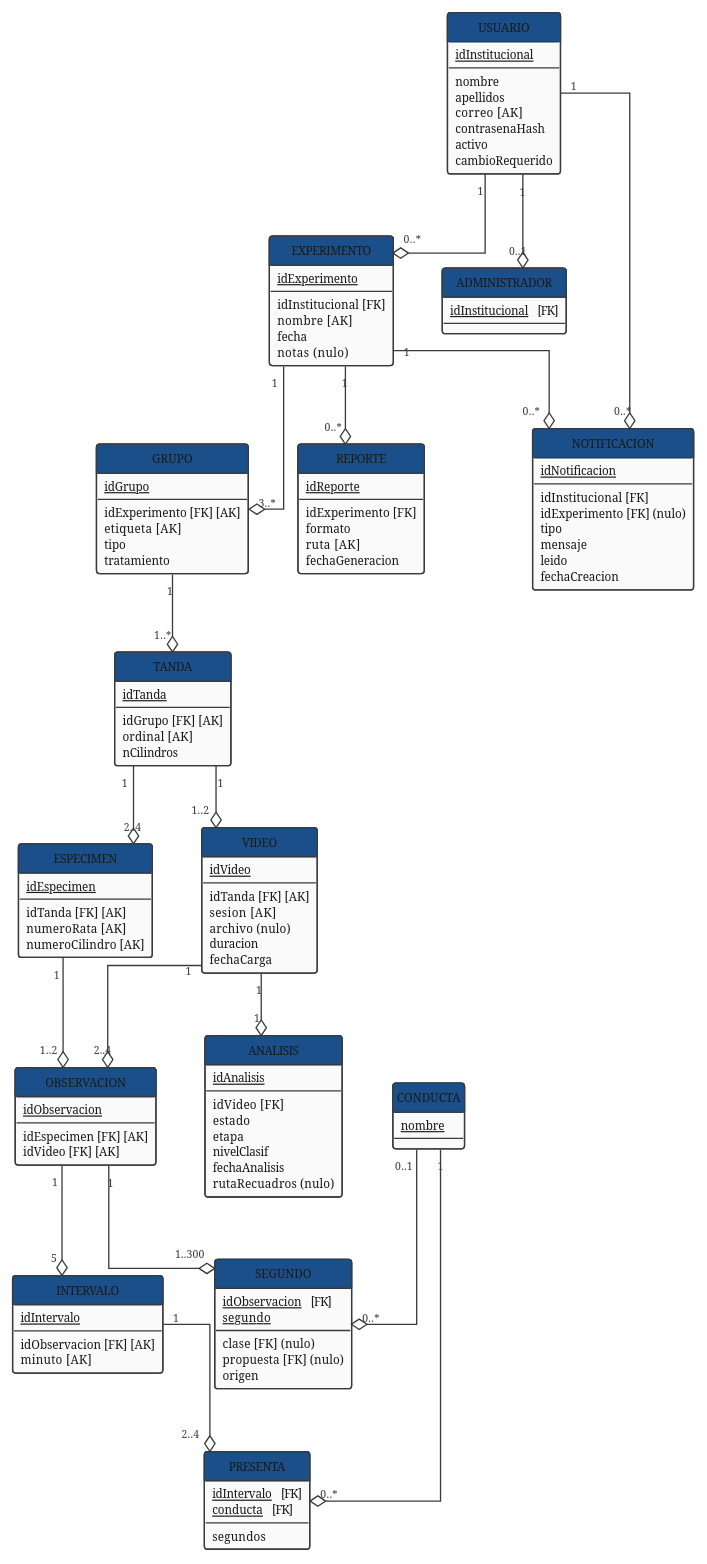
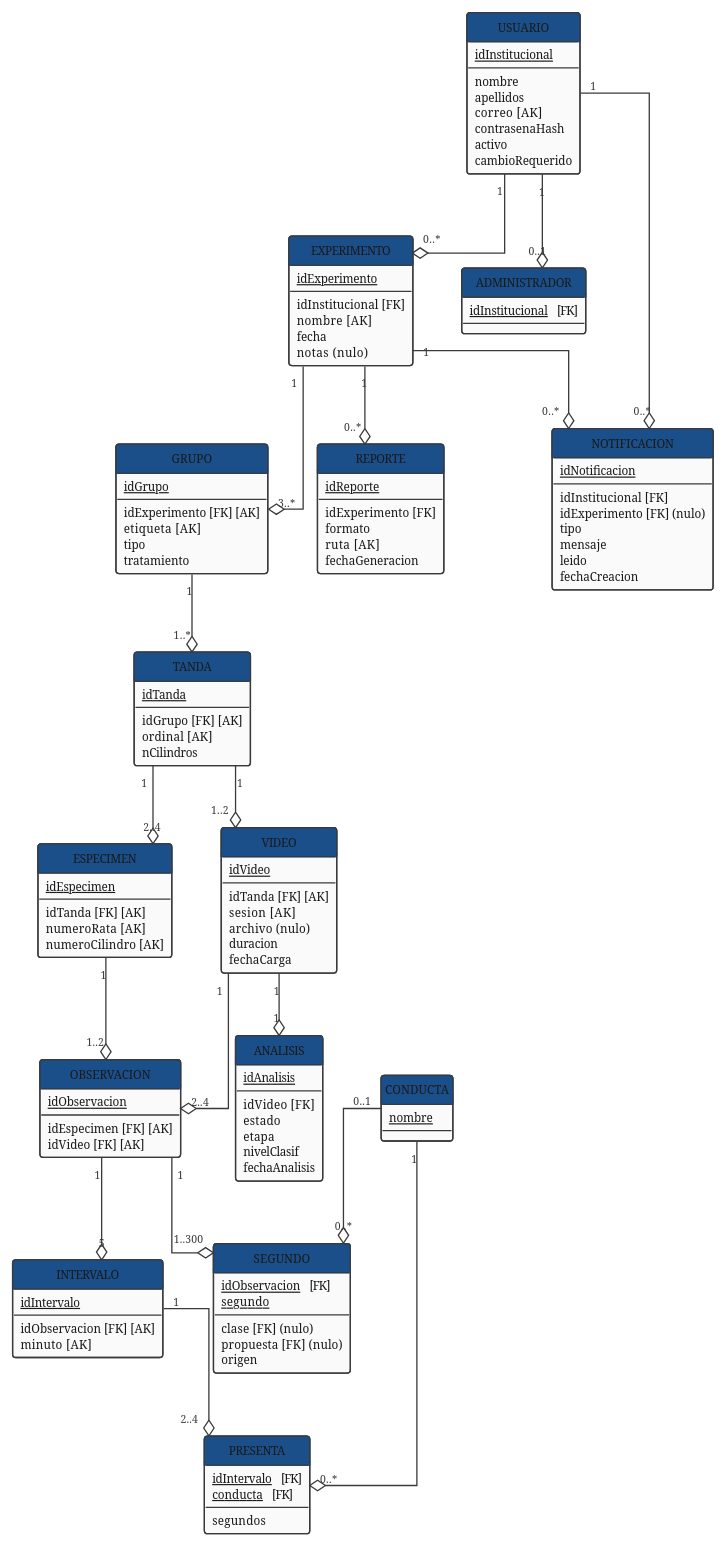
The diagram in diagramas/grafo_relacional_3_vigente.puml (ErickJester/fst-ai-system-latex), drawn with PlantUML before and after one commit. The commit also changed 18 other files, not shown here.

```diff
--- a/diagramas/grafo_relacional_3_vigente.puml
+++ b/diagramas/grafo_relacional_3_vigente.puml
@@ -13,13 +13,12 @@
 '  modelado como subtipo -- si el usuario no aparece aqui, es
 '  investigador simple.
 '
-'  15 relaciones - 66 atributos - 18 llaves foraneas.
+'  15 relaciones - 65 atributos - 18 llaves foraneas.
 '  (D-51, 5-oct: se quitaron MODELO y CONFIGURACION y la columna
 '   ANALISIS.idConfig -- ningun RF permite cambiar el modelo ni el
-'   umbral, son constantes del pipeline. Se agregaron
-'   ANALISIS.rutaRecuadros; SEGUNDO.propuesta y
+'   umbral, son constantes del pipeline. SEGUNDO.propuesta y
 '   VIDEO.archivo pasan a admitir nulo; EXPERIMENTO.nombre pasa a
-'   ser clave alterna. Baja de 17 a 15 relaciones, de 78 a 66
+'   ser clave alterna. Baja de 17 a 15 relaciones, de 78 a 65
 '   atributos y de 20 a 18 llaves foraneas)
 '  (D-47, 4-oct: se quito ANALISIS.confianza -- el detector actual
 '   no produce ningun valor de confianza -- y baja de 79 a 78)
@@ -167,7 +166,6 @@
   etapa
   nivelClasif
   fechaAnalisis
-  rutaRecuadros   (nulo)
 }
 
 class OBSERVACION {
```
